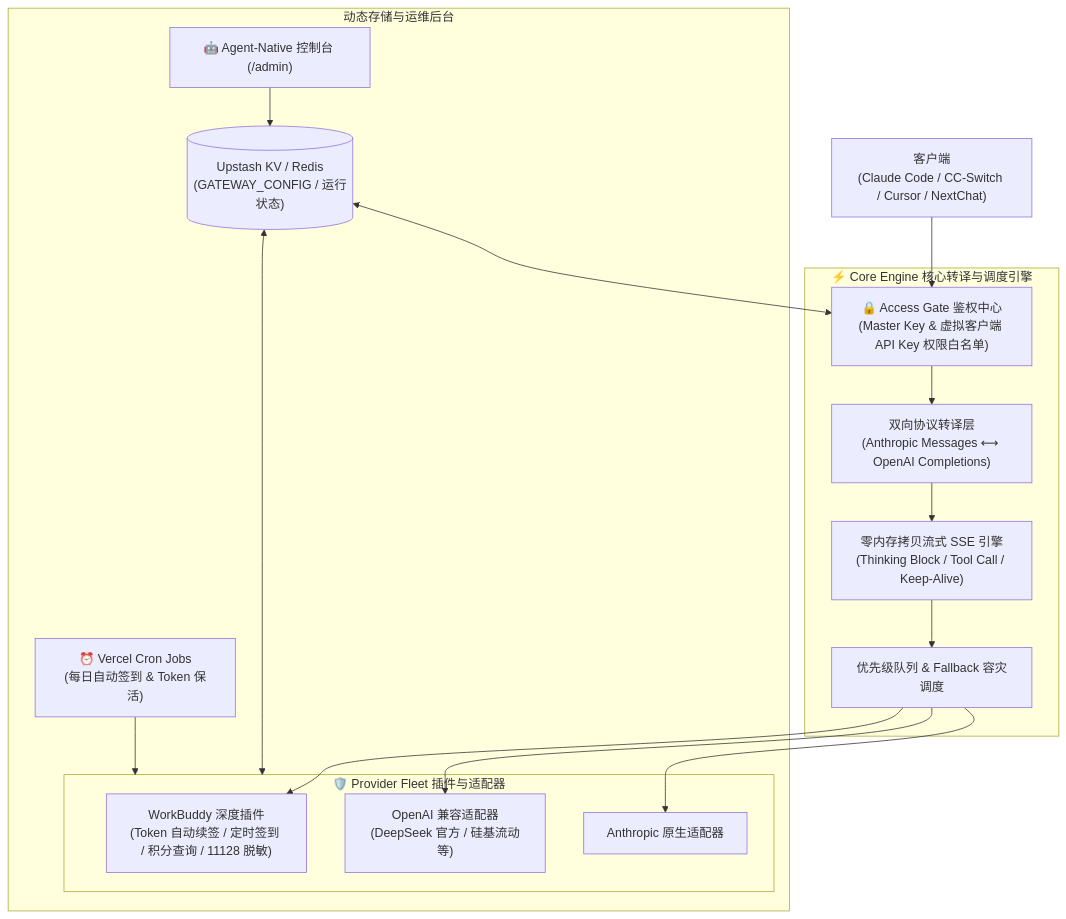
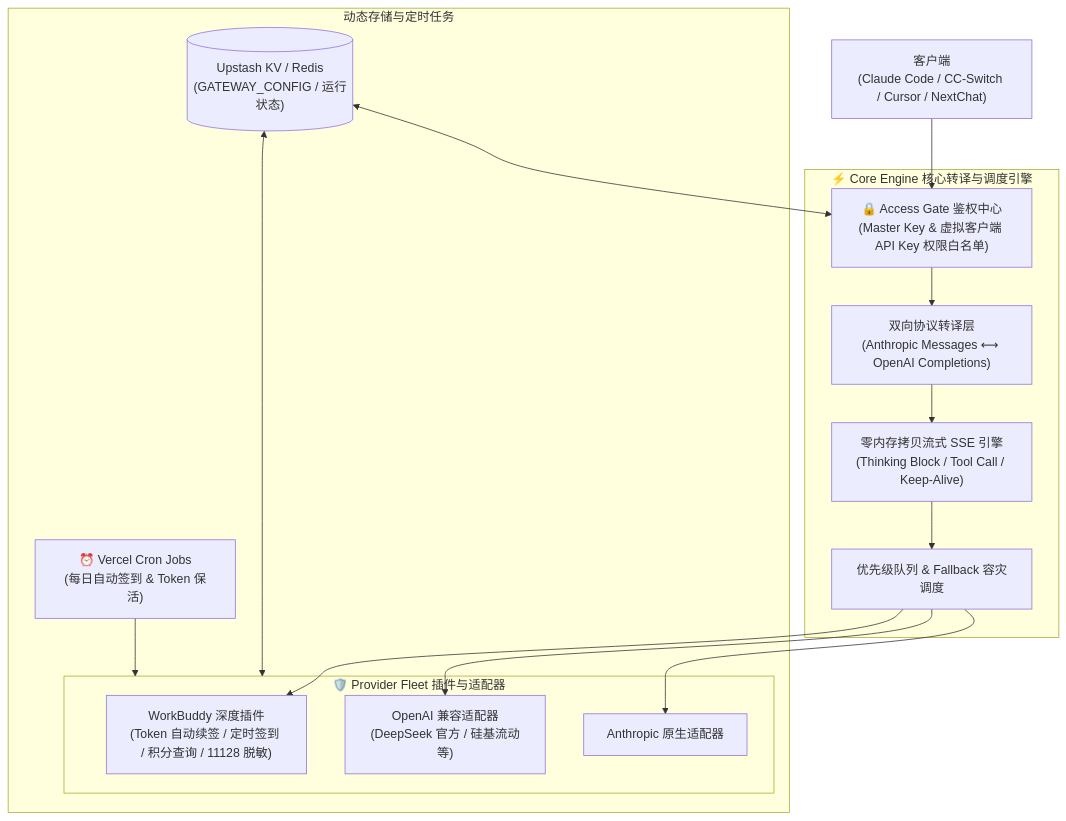
One commit to Ericsunsk/Universal-AI-Gateway changed the diagram in README.md. Above: the diagram before and after it, drawn with Mermaid. The commit also changed other lines of this file and 15 other files, not shown here.

````diff
--- a/README.md
+++ b/README.md
@@ -45,23 +45,22 @@
 ```mermaid
 flowchart TD
     Client["客户端<br/>(Claude Code / CC-Switch / Cursor / NextChat)"] --> Gate["🔒 Access Gate 鉴权中心<br/>(Master Key & 虚拟客户端 API Key 权限白名单)"]
     
     subgraph Engine ["⚡ Core Engine 核心转译与调度引擎"]
         Gate --> Trans["双向协议转译层<br/>(Anthropic Messages ⟷ OpenAI Completions)"]
         Trans --> Stream["零内存拷贝流式 SSE 引擎<br/>(Thinking Block / Tool Call / Keep-Alive)"]
         Stream --> Fallback["优先级队列 & Fallback 容灾调度"]
     end
     
     subgraph Fleet ["🛡️ Provider Fleet 插件与适配器"]
         Fallback --> P_WB["WorkBuddy 深度插件<br/>(Token 自动续签 / 定时签到 / 积分查询 / 11128 脱敏)"]
         Fallback --> P_OAI["OpenAI 兼容适配器<br/>(DeepSeek 官方 / 硅基流动等)"]
         Fallback --> P_ANT["Anthropic 原生适配器"]
     end
     
-    subgraph Storage ["动态存储与运维后台"]
+    subgraph Storage ["动态存储与定时任务"]
         KV[("Upstash KV / Redis<br/>(GATEWAY_CONFIG / 运行状态)")] <--> Gate
         KV <--> Fleet
-        Admin["🤖 Agent-Native 控制台 (/admin)"] --> KV
         Cron["⏰ Vercel Cron Jobs<br/>(每日自动签到 & Token 保活)"] --> Fleet
     end
 ```
````
